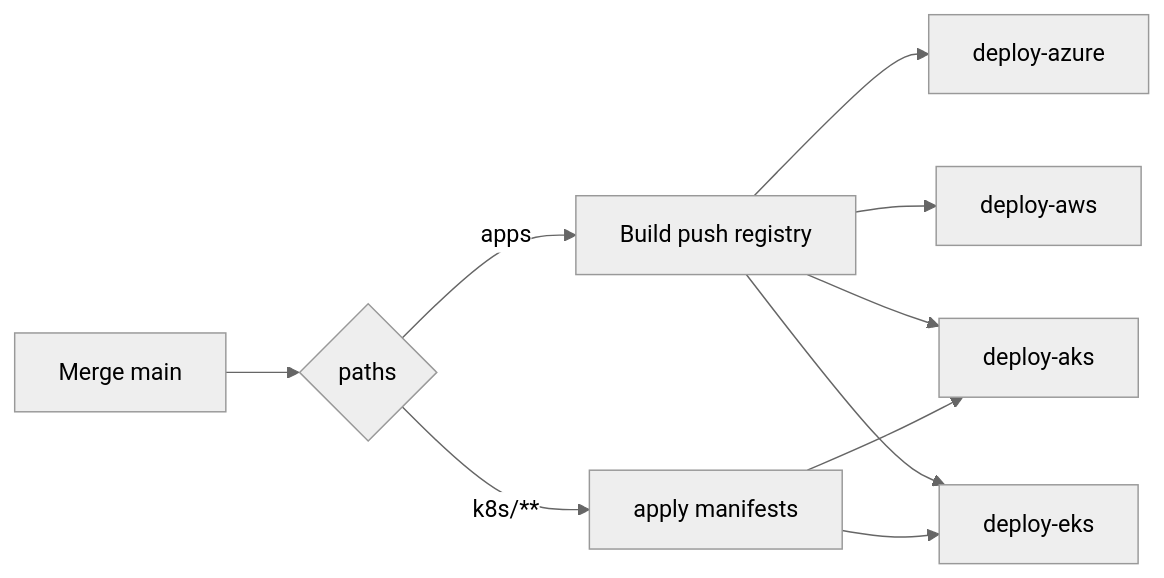
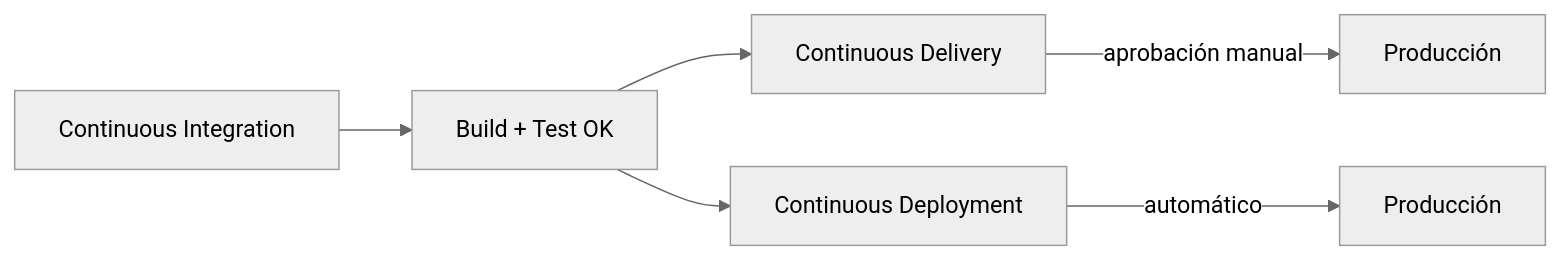
The second of 14 diagrams in docs/teoria-entrevistas/08-ci-cd-devops.md (winbugsmx/ShopDemo), drawn with Mermaid (neutral theme) before and after one commit. The commit also changed other lines of this file and 114 other files, not shown here.

````diff
--- a/docs/teoria-entrevistas/08-ci-cd-devops.md
+++ b/docs/teoria-entrevistas/08-ci-cd-devops.md
@@ -9,11 +93,8 @@
 ```mermaid
 flowchart LR
-  MERGE[Merge main] --> F{paths}
-  F -->|apps| BUILD[Build push registry]
-  F -->|k8s/**| APPLY[apply manifests]
-  BUILD --> W1[deploy-azure]
-  BUILD --> W2[deploy-aws]
-  BUILD --> W3[deploy-aks]
-  BUILD --> W4[deploy-eks]
-  APPLY --> W3 & W4
+  CI[Continuous Integration] --> BUILD[Build + Test OK]
+  BUILD --> DEL[Continuous Delivery]
+  DEL -->|aprobación manual| PROD1[Producción]
+  BUILD --> DEP[Continuous Deployment]
+  DEP -->|automático| PROD2[Producción]
 ```
````
